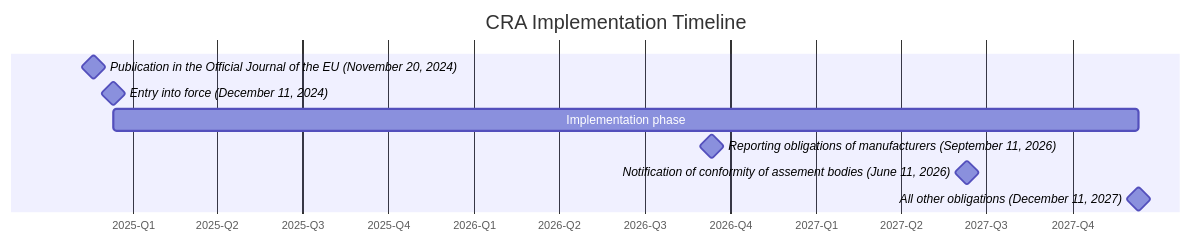
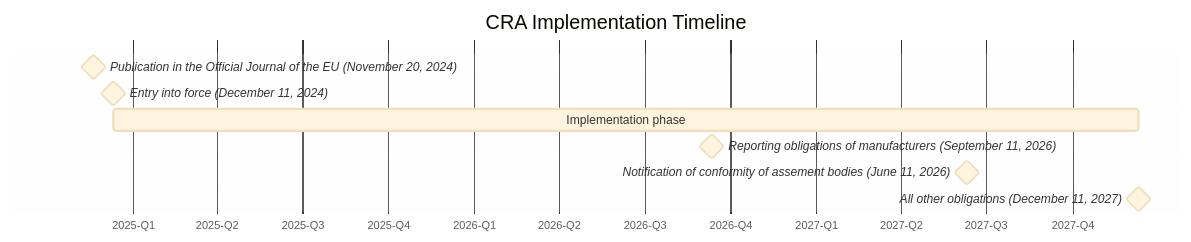
One commit to orcwg/cra-hub changed the diagram in faq.md. Above: the diagram before and after it, drawn with Mermaid.

Commit message:
Update mermaid theme

````diff
--- a/faq.md
+++ b/faq.md
@@ -18,13 +18,14 @@
 ```mermaid
+%%{init: {'theme':'base'}}%%
 gantt
     title CRA Implementation Timeline
     dateFormat  YYYY-MM-DD
     axisFormat %Y-Q%q
 
     Publication in the Official Journal of the EU (November 20, 2024): milestone, 2024-11-20, 5m
     Entry into force (December 11, 2024): milestone, 2024-12-11, 5m
     Implementation phase: 2024-12-11, 3y
     Reporting obligations of manufacturers (September 11, 2026): milestone, 2026-09-11, 5m
     Notification of conformity of assement bodies (June 11, 2026): milestone, 2027-06-11, 5m
     All other obligations (December 11, 2027): milestone, 2027-12-11, 5m
 ```
````
